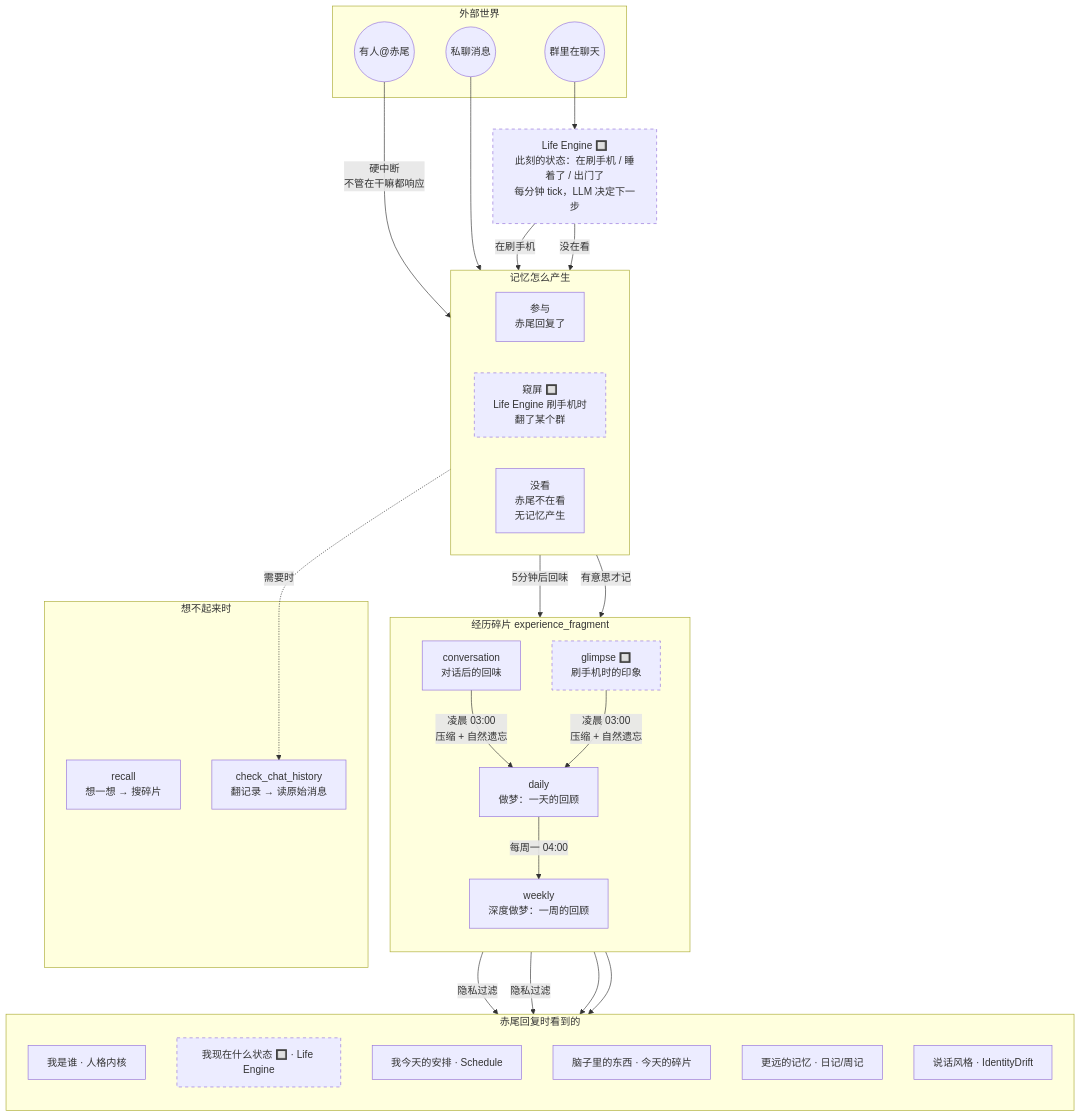
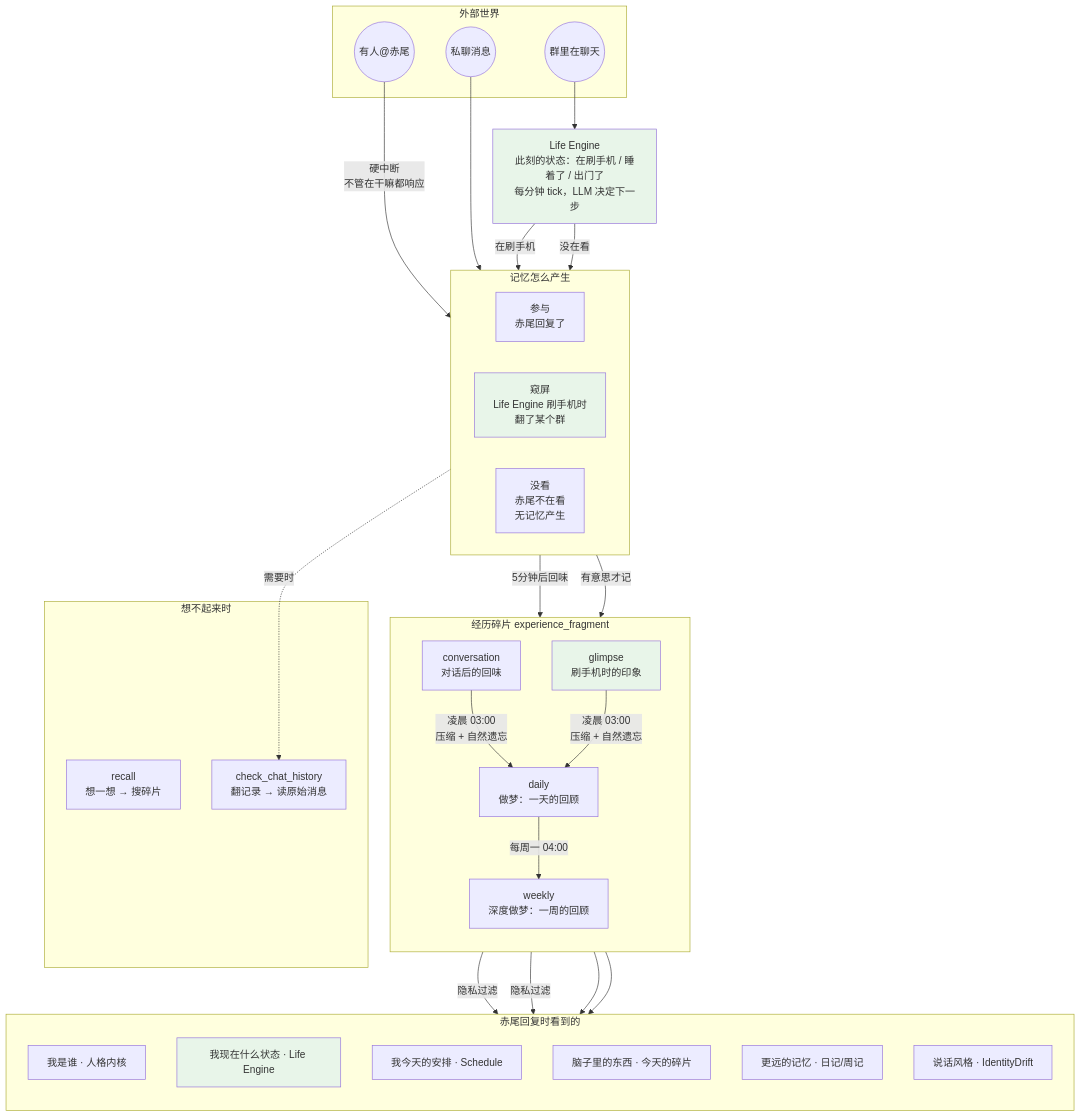
The diagram in docs/akao-memory-system.md (bezhai/chiwei-platform), drawn with Mermaid before and after one commit. The commit also changed other lines of this file, not shown here.

Commit message:
docs: update architecture with Life Engine + Glimpse implementation

````diff
--- a/docs/akao-memory-system.md
+++ b/docs/akao-memory-system.md
@@ -16,61 +16,61 @@
 ```mermaid
 flowchart TD
     subgraph WORLD["外部世界"]
         AT(("有人@赤尾"))
         P2P(("私聊消息"))
         GROUP(("群里在聊天"))
     end
 
-    LIFE["Life Engine 🔲\n此刻的状态：在刷手机 / 睡着了 / 出门了\n每分钟 tick，LLM 决定下一步"]
+    LIFE["Life Engine\n此刻的状态：在刷手机 / 睡着了 / 出门了\n每分钟 tick，LLM 决定下一步"]
 
     subgraph TRIGGER["记忆怎么产生"]
         direction LR
         T1["参与\n赤尾回复了"]
-        T2["窥屏 🔲\nLife Engine 刷手机时\n翻了某个群"]
+        T2["窥屏\nLife Engine 刷手机时\n翻了某个群"]
         T3["没看\n赤尾不在看\n无记忆产生"]
     end
 
     AT -->|"硬中断\n不管在干嘛都响应"| T1
     P2P --> T1
     GROUP --> LIFE
     LIFE -->|"在刷手机"| T2
     LIFE -->|"没在看"| T3
 
     subgraph FRAG["经历碎片 experience_fragment"]
         direction TB
         CONV["conversation\n对话后的回味"]
-        GLIM["glimpse 🔲\n刷手机时的印象"]
+        GLIM["glimpse\n刷手机时的印象"]
         DAILY["daily\n做梦：一天的回顾"]
         WKLY["weekly\n深度做梦：一周的回顾"]
     end
 
     T1 -->|"5分钟后回味"| CONV
     T2 -->|"有意思才记"| GLIM
     CONV & GLIM -->|"凌晨 03:00\n压缩 + 自然遗忘"| DAILY
     DAILY -->|"每周一 04:00"| WKLY
 
     subgraph CTX["赤尾回复时看到的"]
         direction TB
         WHO["我是谁 · 人格内核"]
-        NOW["我现在什么状态 🔲 · Life Engine"]
+        NOW["我现在什么状态 · Life Engine"]
         TODAY["我今天的安排 · Schedule"]
         BRAIN["脑子里的东西 · 今天的碎片"]
         FAR["更远的记忆 · 日记/周记"]
         STYLE["说话风格 · IdentityDrift"]
     end
 
     CONV & GLIM -->|"隐私过滤"| BRAIN
     DAILY & WKLY --> FAR
 
     subgraph TOOL["想不起来时"]
         RECALL["recall\n想一想 → 搜碎片"]
         HIST["check_chat_history\n翻记录 → 读原始消息"]
     end
 
     T3 -.->|"需要时"| HIST
 
-    style LIFE stroke-dasharray: 5 5
-    style T2 stroke-dasharray: 5 5
-    style GLIM stroke-dasharray: 5 5
-    style NOW stroke-dasharray: 5 5
+    style LIFE fill:#e8f5e9
+    style T2 fill:#e8f5e9
+    style GLIM fill:#e8f5e9
+    style NOW fill:#e8f5e9
 ```
````
